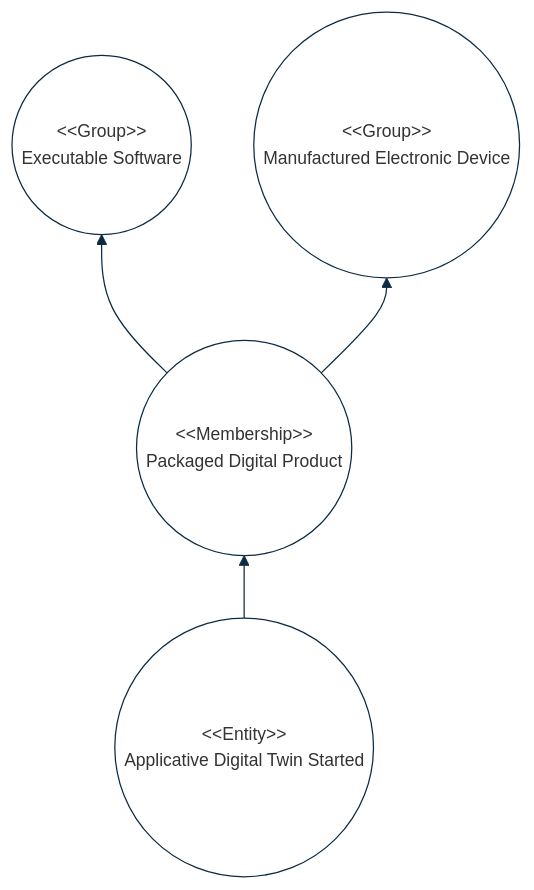
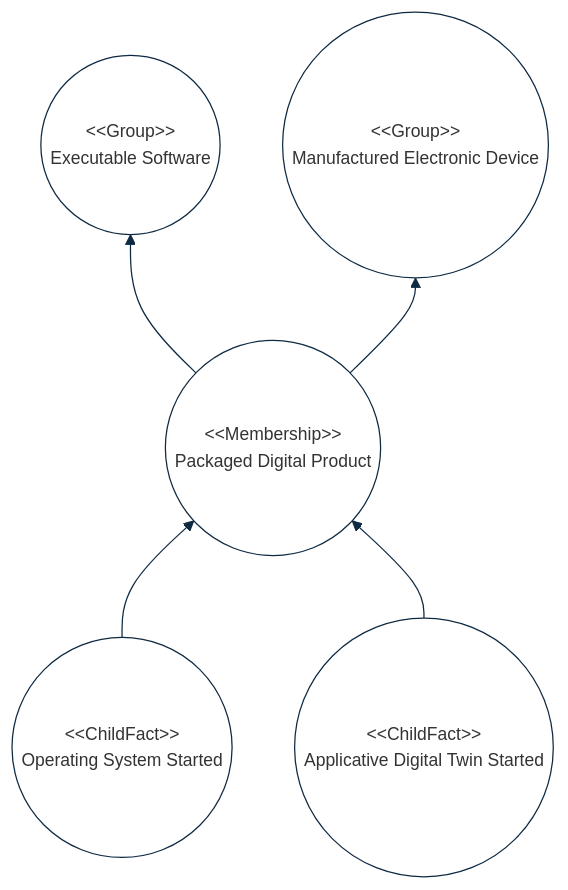
Before and after one commit to cybnity/foundation: the second of 2 diagrams in implementations-line/framework/immutable/README.md, drawn with Mermaid.

````diff
--- a/implementations-line/framework/immutable/README.md
+++ b/implementations-line/framework/immutable/README.md
@@ -135,29 +135,30 @@
 ```mermaid
 %%{
   init: {
     'theme': 'base',
     'themeVariables': {
         'background': '#ffffff',
         'fontFamily': 'arial',
         'fontSize': '14px',
         'primaryColor': '#fff',
         'primaryBorderColor': '#0e2a43',
         'secondaryBorderColor': '#0e2a43',
         'tertiaryBorderColor': '#0e2a43',
         'edgeLabelBackground':'#0e2a43',
         'lineColor': '#0e2a43',
         'tertiaryColor': '#fff'
     }
   }
 }%%
 flowchart BT
     software(("#60;#60;Group#62;#62;<br/>Executable Software"))
     electronicdevice(("#60;#60;Group#62;#62;<br/>Manufactured Electronic Device"))
     system(("#60;#60;Membership#62;#62;<br/>Packaged Digital Product")) --> software
     system --> electronicdevice
-    application(("#60;#60;Entity#62;#62;<br/>Applicative Digital Twin Started")) --> system
+    os(("#60;#60;ChildFact#62;#62;<br/>Operating System Started")) --> system
+    application(("#60;#60;ChildFact#62;#62;<br/>Applicative Digital Twin Started")) --> system
 
 
 
 
 ```
````
